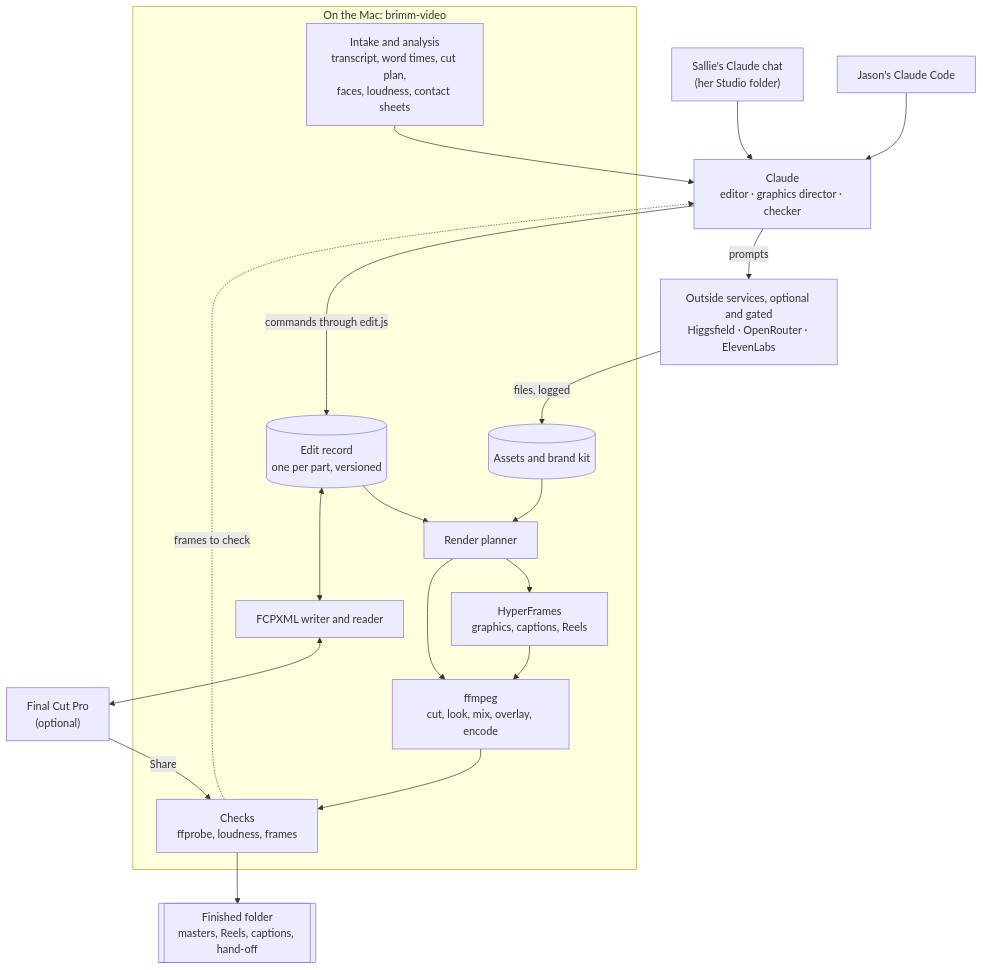
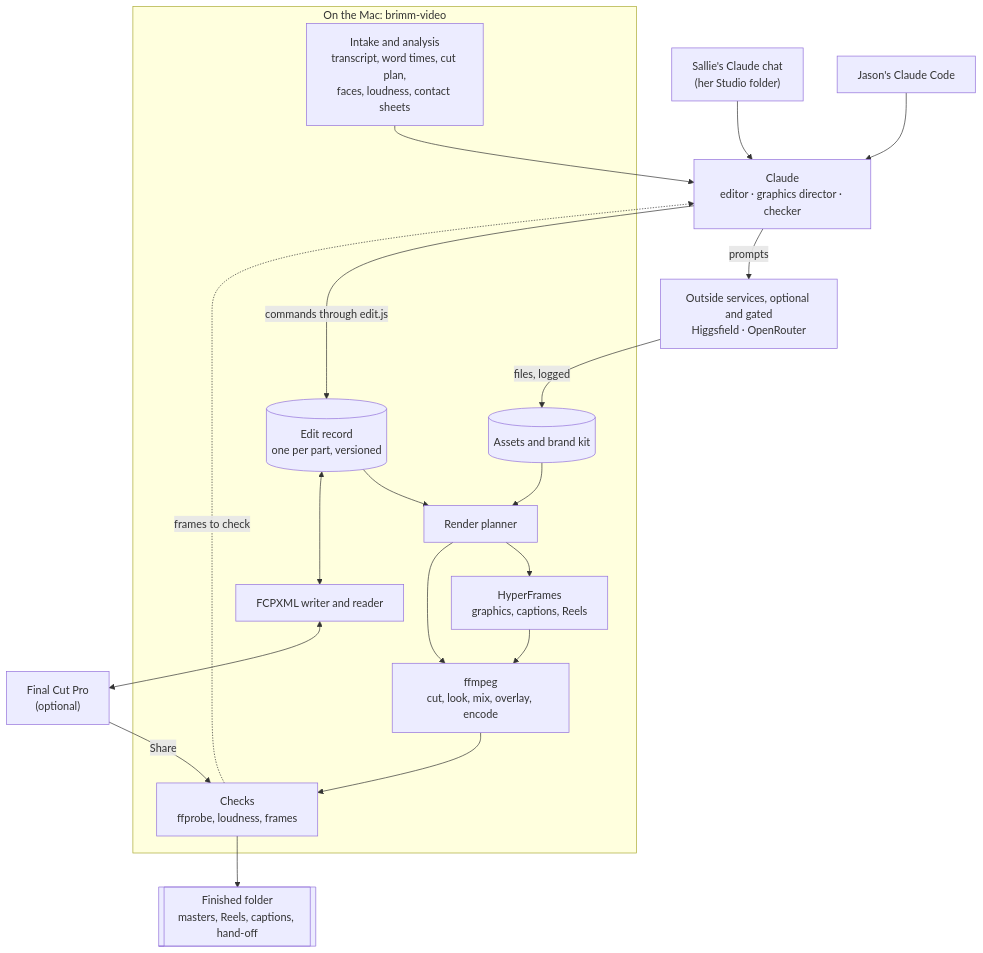
One commit to jogden12/brimm-video-studio changed the first of 4 diagrams in docs/superpowers/specs/2026-10-26-claude-video-editing-architecture.md. Above: the diagram before and after it, drawn with Mermaid. The commit also changed other lines of this file and 1 other file, not shown here.

First line of the commit message:
The architecture's decisions, as Jason picked them

````diff
--- a/docs/superpowers/specs/2026-10-26-claude-video-editing-architecture.md
+++ b/docs/superpowers/specs/2026-10-26-claude-video-editing-architecture.md
@@ -23,37 +23,37 @@
 ```mermaid
 flowchart TB
     S["Sallie's Claude chat<br/>(her Studio folder)"] --> CL
     J["Jason's Claude Code"] --> CL
     CL["Claude<br/>editor · graphics director · checker"]
-    OUT["Outside services, optional and gated<br/>Higgsfield · OpenRouter · ElevenLabs"]
+    OUT["Outside services, optional and gated<br/>Higgsfield · OpenRouter"]
 
     subgraph Mac["On the Mac: brimm-video"]
         IN["Intake and analysis<br/>transcript, word times, cut plan,<br/>faces, loudness, contact sheets"]
         ER[("Edit record<br/>one per part, versioned")]
         AS[("Assets and brand kit")]
         RP["Render planner"]
         HF["HyperFrames<br/>graphics, captions, Reels"]
         FF["ffmpeg<br/>cut, look, mix, overlay, encode"]
         QC["Checks<br/>ffprobe, loudness, frames"]
         FX["FCPXML writer and reader"]
     end
 
     FCP["Final Cut Pro<br/>(optional)"]
     FIN[["Finished folder<br/>masters, Reels, captions, hand-off"]]
 
     IN --> CL
     CL -->|"commands through edit.js"| ER
     CL -->|"prompts"| OUT
     OUT -->|"files, logged"| AS
     ER --> RP
     AS --> RP
     RP --> HF
     RP --> FF
     HF --> FF
     FF --> QC
     QC -.->|"frames to check"| CL
     ER <--> FX
     FX <--> FCP
     FCP -->|"Share"| QC
     QC --> FIN
 ```
````
